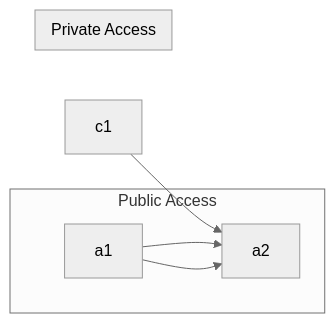
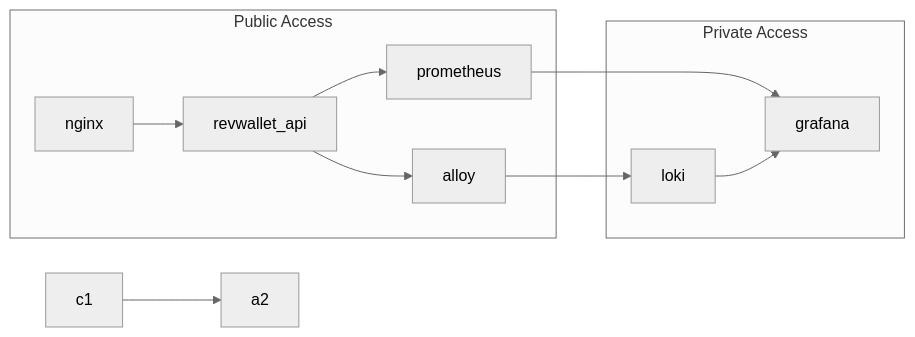
Before and after one commit to arthurjguerra/revwallet: the diagram in README.md, drawn with Mermaid (neutral theme).

Commit message:
feat: add arch diagram

````diff
--- a/README.md
+++ b/README.md
@@ -6,10 +6,14 @@
 ```mermaid
 flowchart LR
   c1-->a2
   subgraph Public Access
-  a1-->a2
+    nginx-->revwallet_api
+    revwallet_api-->prometheus
+    revwallet_api-->alloy
   end
   subgraph Private Access
-  a1-->a2
+    prometheus-->grafana
+    alloy-->loki
+    loki-->grafana
   end
 ```
````
